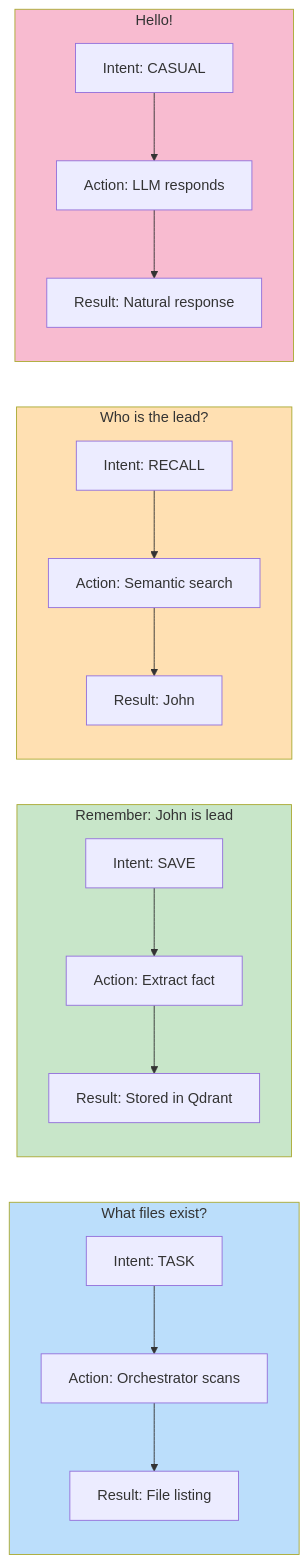
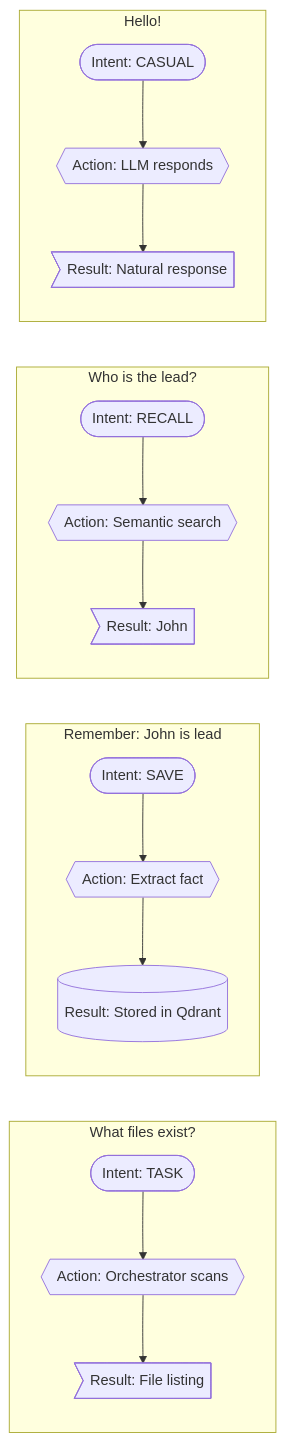
One commit to ianwesterfield/aj.westerfield.cloud changed the ninth of 11 diagrams in README.md. Above: the diagram before and after it, drawn with Mermaid. The commit also changed other lines of this file and 48 other files, not shown here.

````diff
--- a/README.md
+++ b/README.md
@@ -352,35 +435,30 @@
 ```mermaid
 graph LR
     subgraph Q1 ["What files exist?"]
-        I1["Intent: TASK"]
-        A1["Action: Orchestrator scans"]
-        R1["Result: File listing"]
+        I1(["Intent: TASK"])
+        A1{{"Action: Orchestrator scans"}}
+        R1>"Result: File listing"]
         I1 --> A1 --> R1
     end
 
     subgraph Q2 ["Remember: John is lead"]
-        I2["Intent: SAVE"]
-        A2["Action: Extract fact"]
-        R2["Result: Stored in Qdrant"]
+        I2(["Intent: SAVE"])
+        A2{{"Action: Extract fact"}}
+        R2[("Result: Stored in Qdrant")]
         I2 --> A2 --> R2
     end
 
     subgraph Q3 ["Who is the lead?"]
-        I3["Intent: RECALL"]
-        A3["Action: Semantic search"]
-        R3["Result: John"]
+        I3(["Intent: RECALL"])
+        A3{{"Action: Semantic search"}}
+        R3>"Result: John"]
         I3 --> A3 --> R3
     end
 
     subgraph Q4 ["Hello!"]
-        I4["Intent: CASUAL"]
-        A4["Action: LLM responds"]
-        R4["Result: Natural response"]
+        I4(["Intent: CASUAL"])
+        A4{{"Action: LLM responds"}}
+        R4>"Result: Natural response"]
         I4 --> A4 --> R4
     end
-
-    style Q1 fill:#bbdefb
-    style Q2 fill:#c8e6c9
-    style Q3 fill:#ffe0b2
-    style Q4 fill:#f8bbd0
 ```
````
